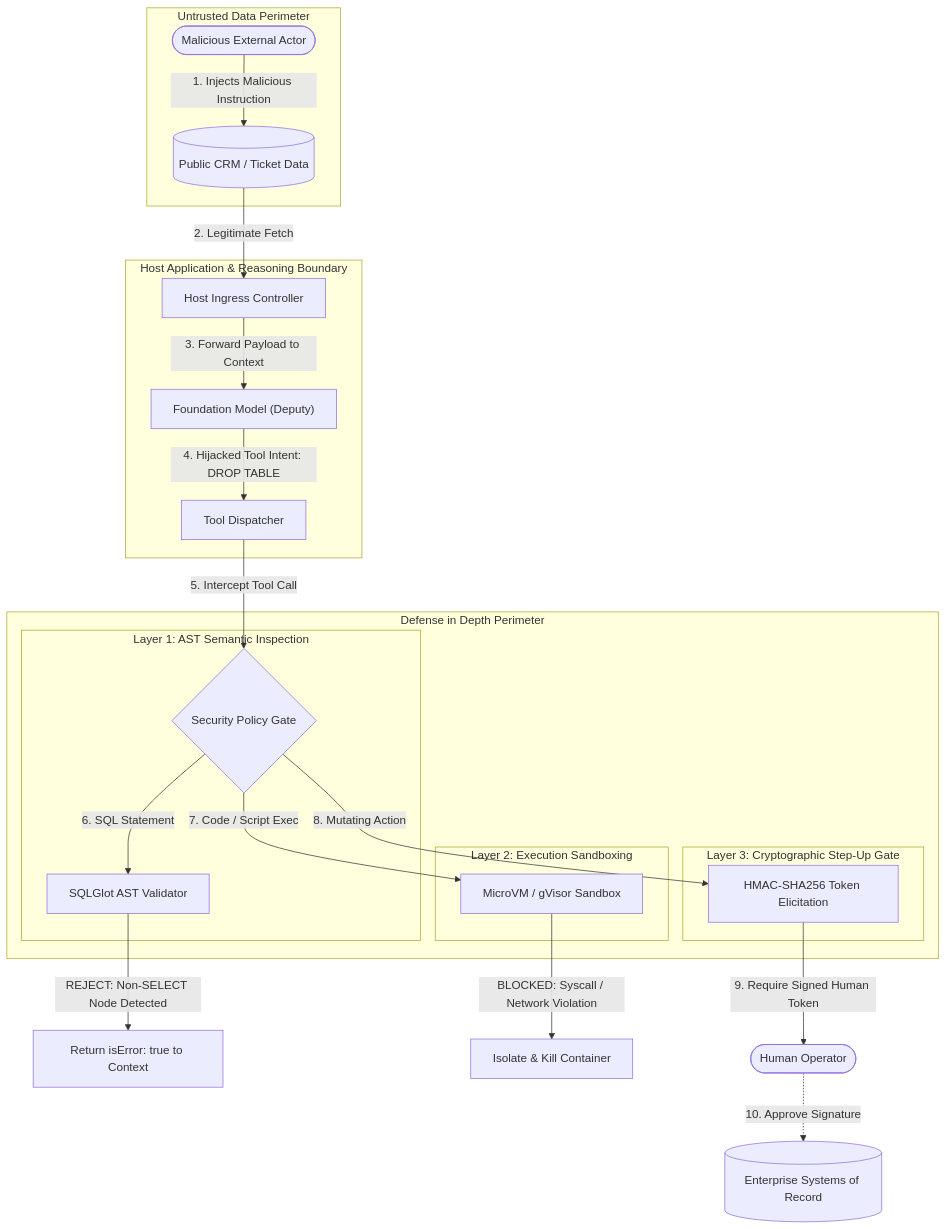
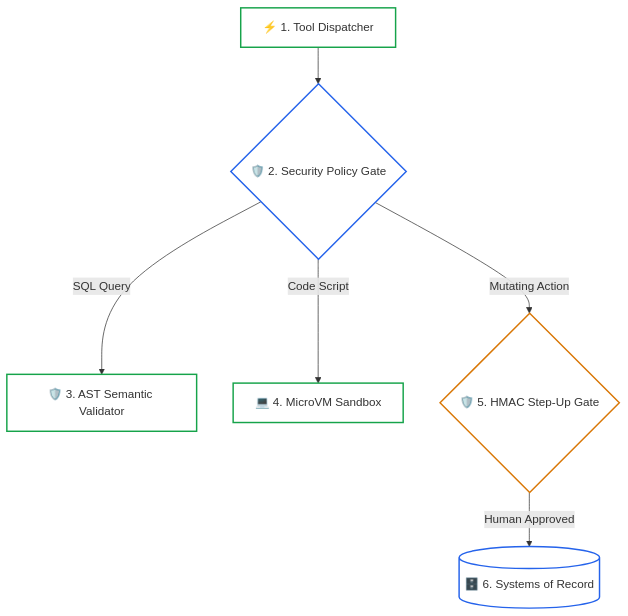
One commit to dip4k/senior-engineer-to-ai-engineer-roadmap changed the second of 2 diagrams in 03-tools-and-model-context-protocol/05-sandboxing-security-and-confused-deputy-defenses.md. Above: the diagram before and after it, drawn with Mermaid. The commit also changed other lines of this file and 39 other files, not shown here.

First line of the commit message:
feat(curriculum): upgrade mermaid diagrams with unicode icons & codify anti-bloat layout rules

````diff
--- a/03-tools-and-model-context-protocol/05-sandboxing-security-and-confused-deputy-defenses.md
+++ b/03-tools-and-model-context-protocol/05-sandboxing-security-and-confused-deputy-defenses.md
@@ -42,33 +73,15 @@
 ```mermaid
 flowchart TD
-    subgraph UntrustedSource["Untrusted Data Perimeter"]
-        Attacker(["Malicious External Actor"]) -->|1. Injects Malicious Instruction| PublicTicket[("Public CRM / Ticket Data")]
-    end
+    ToolDispatcher["⚡ 1. Tool Dispatcher"] --> PolicyGate{"🛡️ 2. Security Policy Gate"}
+    PolicyGate -->|SQL Query| ASTValidator["🛡️ 3. AST Semantic Validator"]
+    PolicyGate -->|Code Script| MicroVM["💻 4. MicroVM Sandbox"]
+    PolicyGate -->|Mutating Action| StepUpGate{"🛡️ 5. HMAC Step-Up Gate"}
+    StepUpGate -->|Human Approved| SystemOfRecord[("🗄️ 6. Systems of Record")]
 
-    subgraph HostGateway["Host Application & Reasoning Boundary"]
-        PublicTicket -->|2. Legitimate Fetch| Host["Host Ingress Controller"]
-        Host -->|3. Forward Payload to Context| LLM["Foundation Model (Deputy)"]
-        LLM -->|4. Hijacked Tool Intent: DROP TABLE| ToolCallDispatcher["Tool Dispatcher"]
-    end
-
-    subgraph DefenseLayer["Defense in Depth Perimeter"]
-        ToolCallDispatcher -->|5. Intercept Tool Call| PolicyGate{"Security Policy Gate"}
-        
-        subgraph Layer1["Layer 1: AST Semantic Inspection"]
-            PolicyGate -->|6. SQL Statement| SQLParser["SQLGlot AST Validator"]
-        end
-        
-        subgraph Layer2["Layer 2: Execution Sandboxing"]
-            PolicyGate -->|7. Code / Script Exec| MicroVM["MicroVM / gVisor Sandbox"]
-        end
-        
-        subgraph Layer3["Layer 3: Cryptographic Step-Up Gate"]
-            PolicyGate -->|8. Mutating Action| ElicitationGate["HMAC-SHA256 Token Elicitation"]
-        end
-    end
-
-    SQLParser -->|REJECT: Non-SELECT Node Detected| Abort1["Return isError: true to Context"]
-    MicroVM -->|BLOCKED: Syscall / Network Violation| Abort2["Isolate & Kill Container"]
-    ElicitationGate -->|9. Require Signed Human Token| Operator(["Human Operator"])
-    Operator -.->|10. Approve Signature| ExecutionPlane[("Enterprise Systems of Record")]
+    style ToolDispatcher fill:none,stroke:#16a34a,stroke-width:2px
+    style PolicyGate fill:none,stroke:#2563eb,stroke-width:2px
+    style ASTValidator fill:none,stroke:#16a34a,stroke-width:2px
+    style MicroVM fill:none,stroke:#16a34a,stroke-width:2px
+    style StepUpGate fill:none,stroke:#d97706,stroke-width:2px
+    style SystemOfRecord fill:none,stroke:#2563eb,stroke-width:2px
 ```
````
